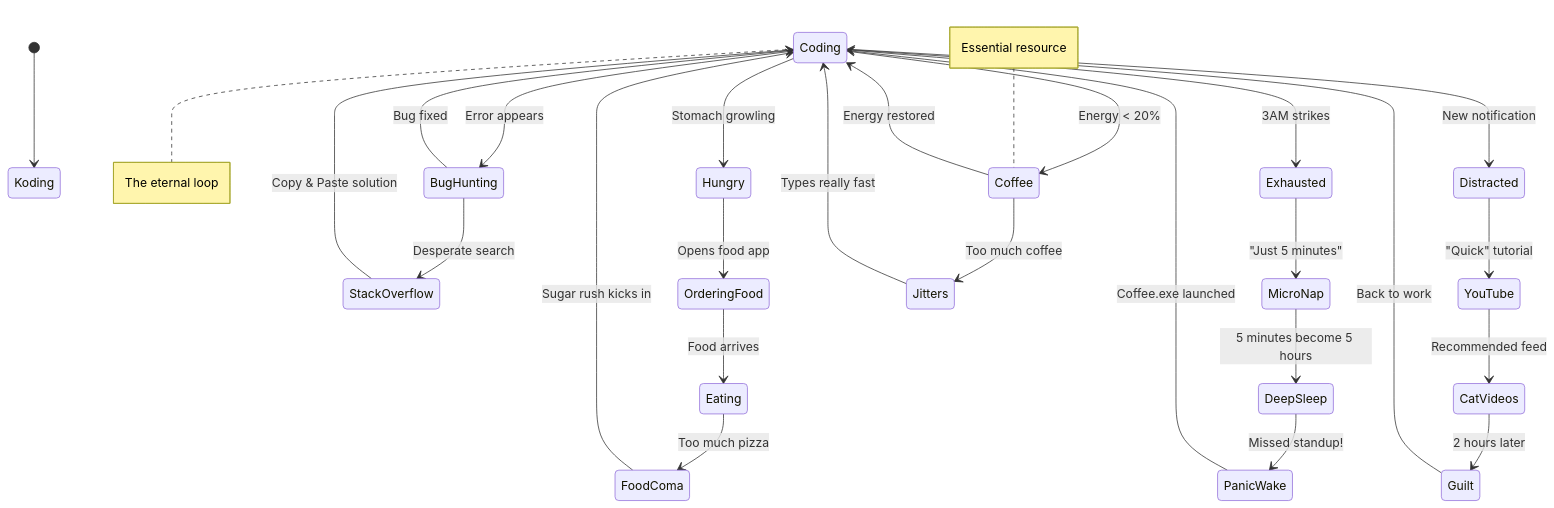
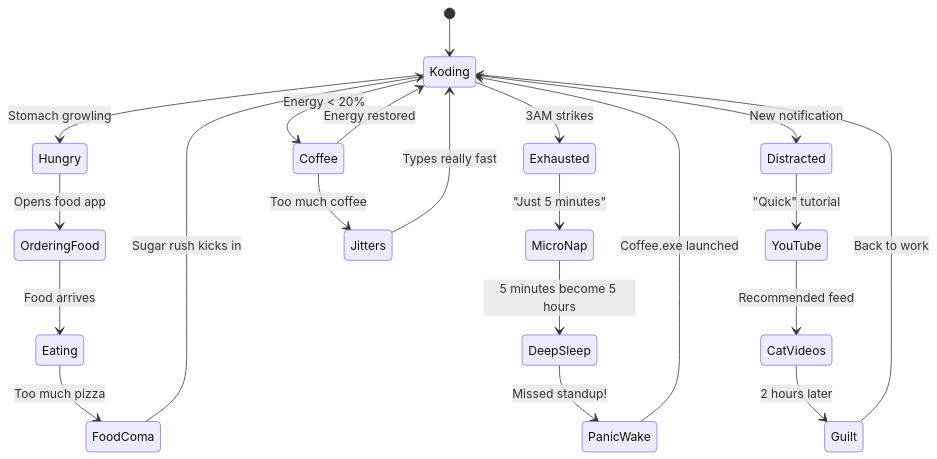
Before and after one commit to kac487/kac487: the diagram in README.md, drawn with Mermaid.

````diff
--- a/README.md
+++ b/README.md
@@ -1,35 +1,27 @@
 ```mermaid
 stateDiagram-v2
     [*] --> Koding
-    
-    Coding --> BugHunting: Error appears
-    BugHunting --> Coding: Bug fixed
-    BugHunting --> StackOverflow: Desperate search
-    StackOverflow --> Coding: Copy & Paste solution
-    
-    Coding --> Hungry: Stomach growling
+        
+    Koding --> Hungry: Stomach growling
     Hungry --> OrderingFood: Opens food app
     OrderingFood --> Eating: Food arrives
     Eating --> FoodComa: Too much pizza
-    FoodComa --> Coding: Sugar rush kicks in
+    FoodComa --> Koding: Sugar rush kicks in
     
-    Coding --> Exhausted: 3AM strikes
+    Koding --> Exhausted: 3AM strikes
     Exhausted --> MicroNap: "Just 5 minutes"
     MicroNap --> DeepSleep: 5 minutes become 5 hours
     DeepSleep --> PanicWake: Missed standup!
-    PanicWake --> Coding: Coffee.exe launched
+    PanicWake --> Koding: Coffee.exe launched
     
-    Coding --> Coffee: Energy < 20%
-    Coffee --> Coding: Energy restored
+    Koding --> Coffee: Energy < 20%
+    Coffee --> Koding: Energy restored
     Coffee --> Jitters: Too much coffee
-    Jitters --> Coding: Types really fast
+    Jitters --> Koding: Types really fast
     
-    Coding --> Distracted: New notification
+    Koding --> Distracted: New notification
     Distracted --> YouTube: "Quick" tutorial
     YouTube --> CatVideos: Recommended feed
     CatVideos --> Guilt: 2 hours later
-    Guilt --> Coding: Back to work
-    
-    note right of Coding: The eternal loop
-    note left of Coffee: Essential resource
+    Guilt --> Koding: Back to work
 ```
````
